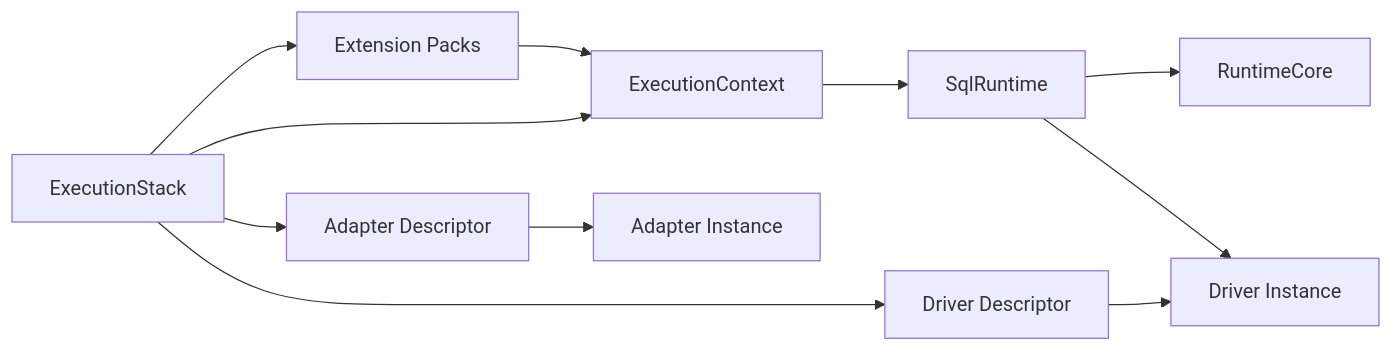
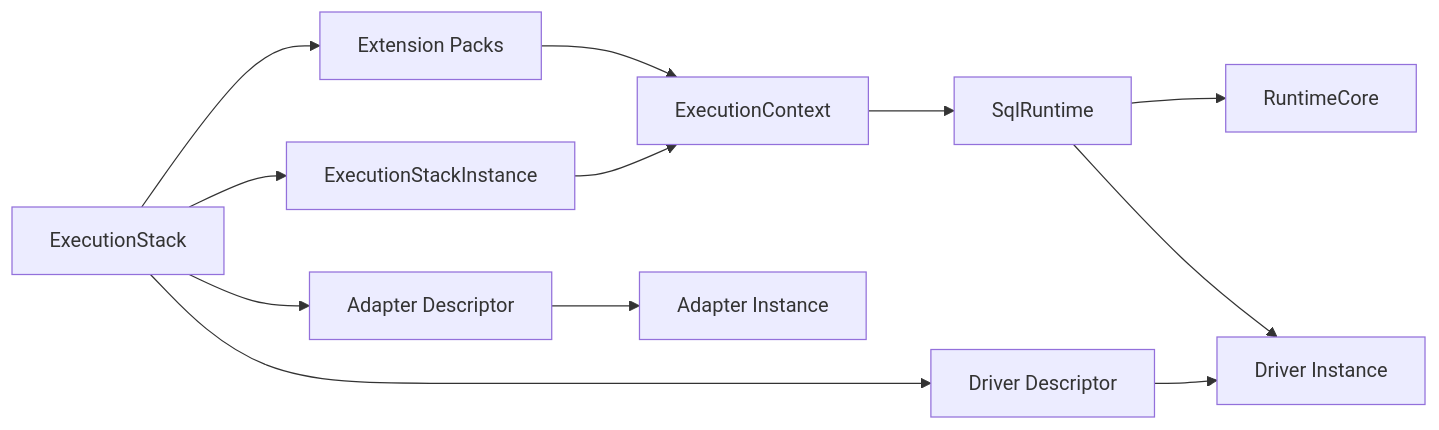
The diagram in packages/2-sql/5-runtime/README.md (prisma/prisma-next), drawn with Mermaid before and after one commit. The commit also changed other lines of this file and 8 other files, not shown here.

````diff
--- a/packages/2-sql/5-runtime/README.md
+++ b/packages/2-sql/5-runtime/README.md
@@ -90,13 +94,14 @@
 ```mermaid
 flowchart LR
-  Stack[ExecutionStack] --> Context[ExecutionContext]
+  Stack[ExecutionStack] --> StackI[ExecutionStackInstance]
+  StackI --> Context[ExecutionContext]
   Stack --> DriverDesc[Driver Descriptor]
   Stack --> AdapterDesc[Adapter Descriptor]
   Stack --> Packs[Extension Packs]
   Context --> Runtime[SqlRuntime]
   Runtime --> Core[RuntimeCore]
   DriverDesc --> DriverInst[Driver Instance]
   AdapterDesc --> AdapterInst[Adapter Instance]
   Packs --> Context
   Runtime --> DriverInst
 ```
````
